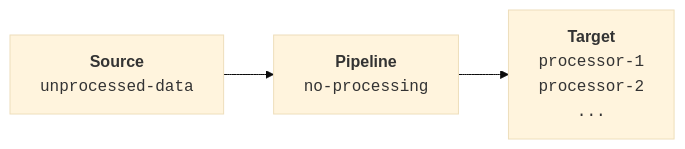
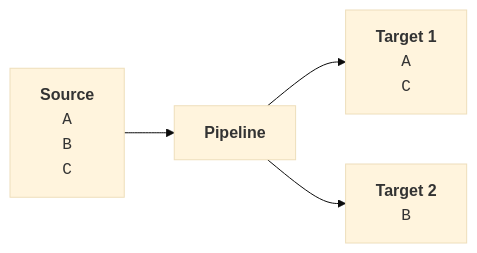
One commit to VirtualMetric/virtualmetric-docs changed the third of 4 diagrams in docs/admin/pipelines/overview.mdx. Above: the diagram before and after it, drawn with Mermaid (base theme). The commit also changed other lines of this file, not shown here.

````diff
--- a/docs/admin/pipelines/overview.mdx
+++ b/docs/admin/pipelines/overview.mdx
@@ -52,13 +56,21 @@
 ```mermaid
 %%{init: {"flowchart": {"htmlLabels": false}} }%%
 flowchart LR
 	sourceBox["`**Source**
-         <code>unprocessed-data</code>`"]
-    	pielineBox["`**Pipeline**
-			<code>no-processing</code>`"]
-	targetBox["`**Target**
-      <code>processor-1</code>
-      <code>processor-2</code>
-      <code>...</code>`"]
-	sourceBox --> pielineBox --> targetBox
+    <code>A</code>
+    <code>B</code>
+    <code>C</code>
+  `"]
+ 	pipelineBox["`**Pipeline**`"]
+	target1Box["`**Target 1**
+    <code>A</code>
+    <code>C</code>
+  `"]
+	target2Box["`**Target 2**
+    <code>B</code>
+  `"]
+	sourceBox --> pipelineBox;
+  pipelineBox --> target1Box;
+  pipelineBox --> target2Box;
+
 ```
````
